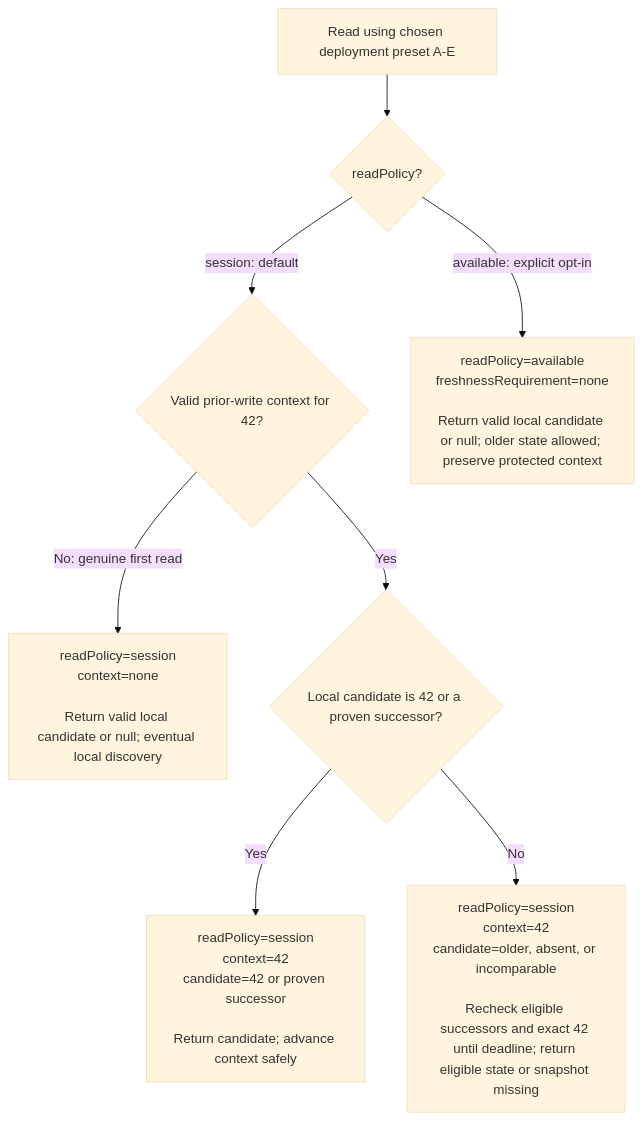
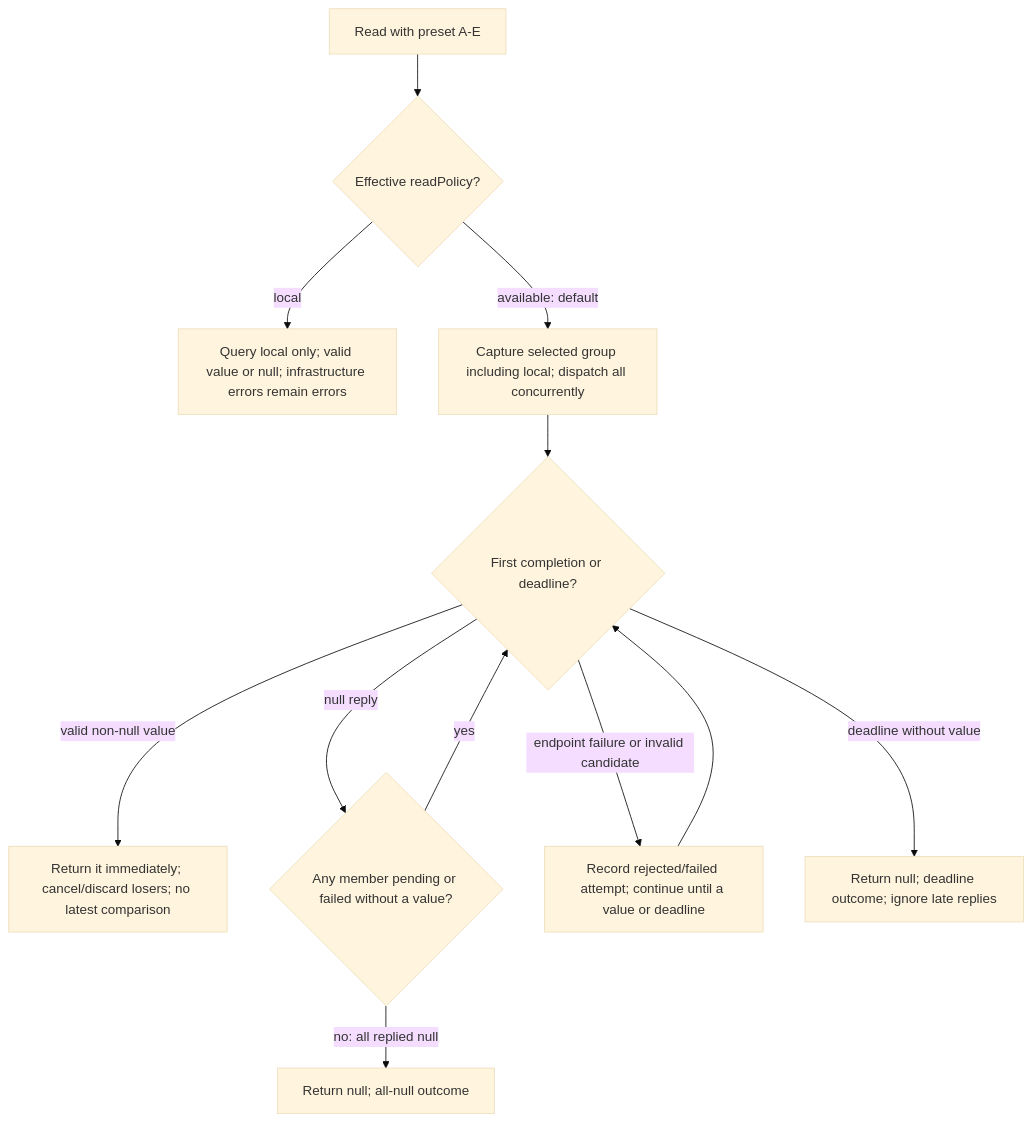
Before and after one commit to alberttwong/redis-multi-region-adapter: the fourth of 4 diagrams in decisions.md, drawn with Mermaid (base theme). The commit also changed other lines of this file and 13 other files, not shown here.

Commit message:
Default to group-racing Available reads and remove Session policy

````diff
--- a/decisions.md
+++ b/decisions.md
@@ -83,10 +81,14 @@
 ```mermaid
 flowchart TD
-    Read["Read using chosen deployment preset A-E"] --> Policy{"readPolicy?"}
-    Policy -->|session: default| Context{"Valid prior-write context for 42?"}
-    Context -->|No: genuine first read| First["readPolicy=session<br/>context=none<br/><br/>Return valid local candidate or null; eventual local discovery"]
-    Context -->|Yes| Match{"Local candidate is 42 or a proven successor?"}
-    Match -->|Yes| Current["readPolicy=session<br/>context=42<br/>candidate=42 or proven successor<br/><br/>Return candidate; advance context safely"]
-    Match -->|No| LatestWait["readPolicy=session<br/>context=42<br/>candidate=older, absent, or incomparable<br/><br/>Recheck eligible successors and exact 42 until deadline; return eligible state or snapshot missing"]
-    Policy -->|available: explicit opt-in| Any["readPolicy=available<br/>freshnessRequirement=none<br/><br/>Return valid local candidate or null; older state allowed; preserve protected context"]
+    Read["Read with preset A-E"] --> Policy{"Effective readPolicy?"}
+    Policy -->|local| Local["Query local only; valid value or null; infrastructure errors remain errors"]
+    Policy -->|available: default| Group["Capture selected group including local; dispatch all concurrently"]
+    Group --> Race{"First completion or deadline?"}
+    Race -->|valid non-null value| Winner["Return it immediately; cancel/discard losers; no latest comparison"]
+    Race -->|null reply| Pending{"Any member pending or failed without a value?"}
+    Pending -->|yes| Race
+    Pending -->|no: all replied null| Empty["Return null; all-null outcome"]
+    Race -->|endpoint failure or invalid candidate| Continue["Record rejected/failed attempt; continue until a value or deadline"]
+    Continue --> Race
+    Race -->|deadline without value| Timeout["Return null; deadline outcome; ignore late replies"]
 ```
````
